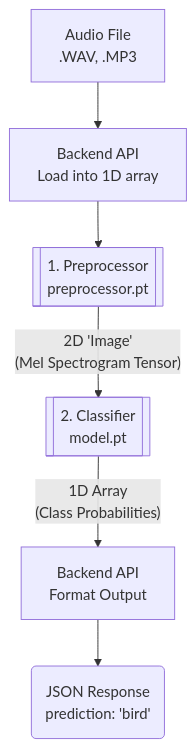
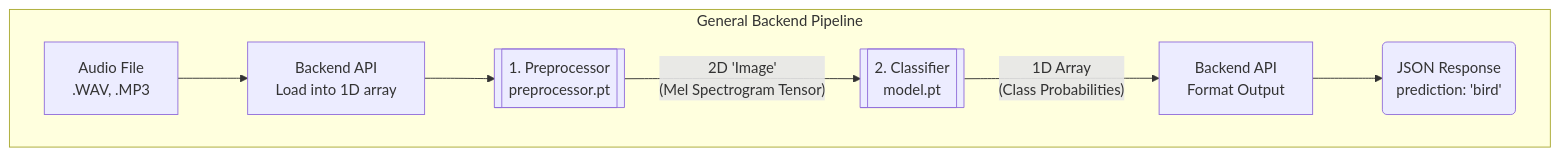
One commit to DataBytes-Organisation/Project-Echo changed the first of 2 diagrams in src/Prototypes/engine/torch_impl/docs/model_integration_guide.md. Above: the diagram before and after it, drawn with Mermaid. The commit also changed other lines of this file and 24 other files, not shown here.

````diff
--- a/src/Prototypes/engine/torch_impl/docs/model_integration_guide.md
+++ b/src/Prototypes/engine/torch_impl/docs/model_integration_guide.md
@@ -50,8 +18,10 @@
 ```mermaid
 graph TD
-    A[Audio File<br/>.WAV, .MP3] --> B[Backend API<br/>Load into 1D array]
-    B --> C[[1. Preprocessor<br/>preprocessor.pt]]
-    C -- "2D 'Image'<br/>(Mel Spectrogram Tensor)" --> D[[2. Classifier<br/>model.pt]]
-    D -- "1D Array<br/>(Class Probabilities)" --> E[Backend API<br/>Format Output]
-    E --> F(JSON Response<br/>prediction: 'bird')
+    subgraph General Backend Pipeline
+        A[Audio File<br/>.WAV, .MP3] --> B[Backend API<br/>Load into 1D array]
+        B --> C[[1. Preprocessor<br/>preprocessor.pt]]
+        C -- "2D 'Image'<br/>(Mel Spectrogram Tensor)" --> D[[2. Classifier<br/>model.pt]]
+        D -- "1D Array<br/>(Class Probabilities)" --> E[Backend API<br/>Format Output]
+        E --> F(JSON Response<br/>prediction: 'bird')
+    end
 ```
````
